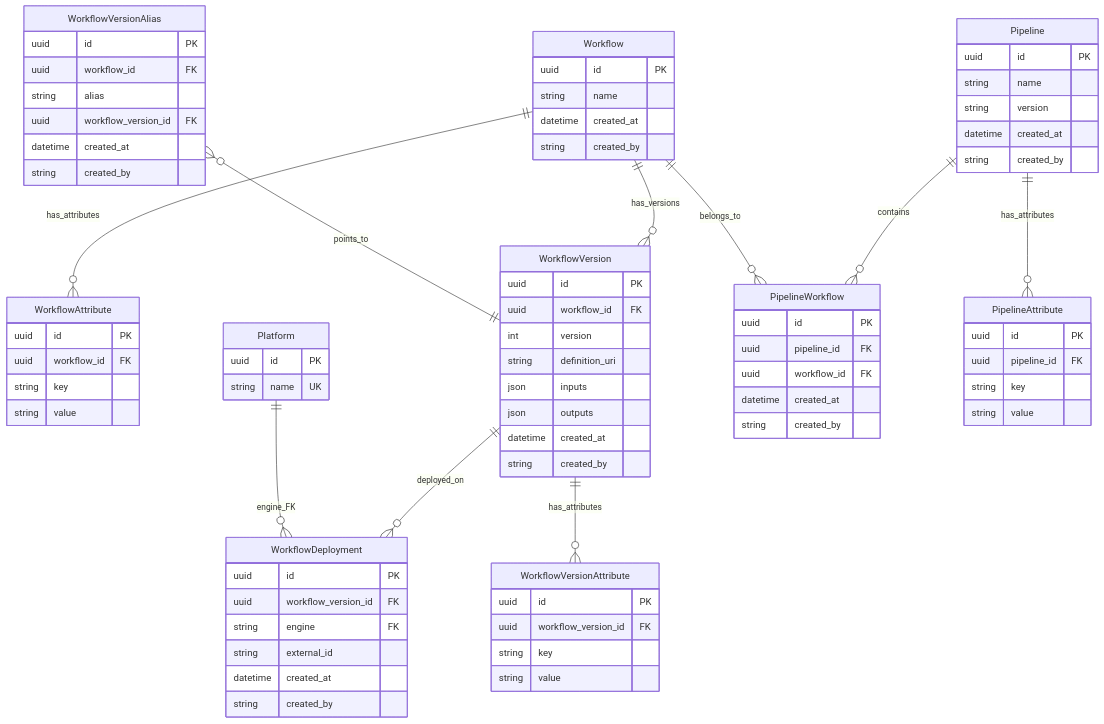
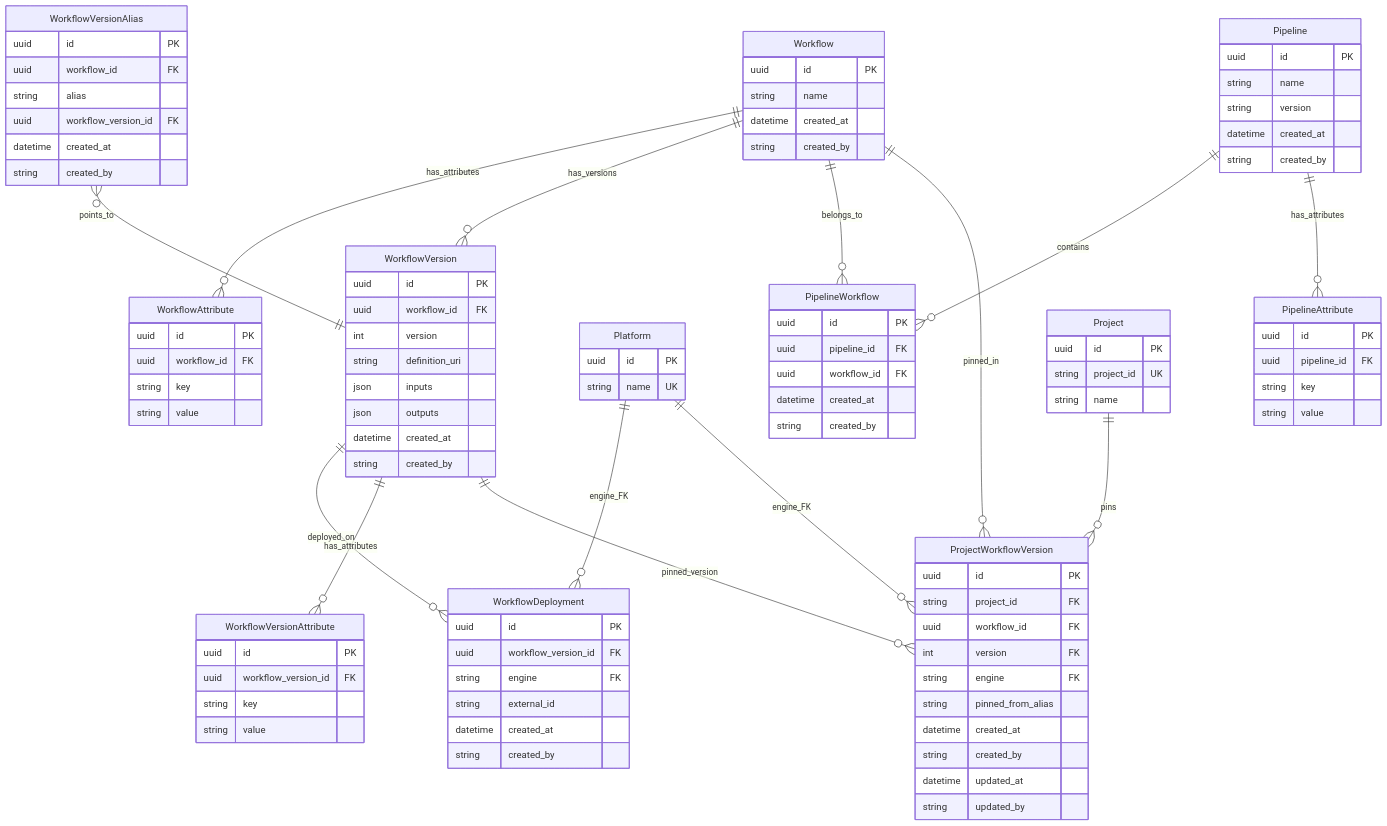
One commit to NGS360/APIServer changed the first of 2 diagrams in docs/WORKFLOWS_AND_PIPELINES.md. Above: the diagram before and after it, drawn with Mermaid. The commit also changed other lines of this file, not shown here.

Commit message:
update workflow md

````diff
--- a/docs/WORKFLOWS_AND_PIPELINES.md
+++ b/docs/WORKFLOWS_AND_PIPELINES.md
@@ -60,6 +65,11 @@
     Pipeline ||--o{ PipelineWorkflow : contains
     Workflow ||--o{ PipelineWorkflow : belongs_to
     Pipeline ||--o{ PipelineAttribute : has_attributes
+
+    Project ||--o{ ProjectWorkflowVersion : pins
+    Workflow ||--o{ ProjectWorkflowVersion : pinned_in
+    WorkflowVersion ||--o{ ProjectWorkflowVersion : pinned_version
+    Platform ||--o{ ProjectWorkflowVersion : engine_FK
 
     Platform {
         uuid id PK
@@ -138,4 +148,23 @@
         datetime created_at
         string created_by
     }
+
+    Project {
+        uuid id PK
+        string project_id UK
+        string name
+    }
+
+    ProjectWorkflowVersion {
+        uuid id PK
+        string project_id FK
+        uuid workflow_id FK
+        int version FK
+        string engine FK
+        string pinned_from_alias
+        datetime created_at
+        string created_by
+        datetime updated_at
+        string updated_by
+    }
 ```
````
